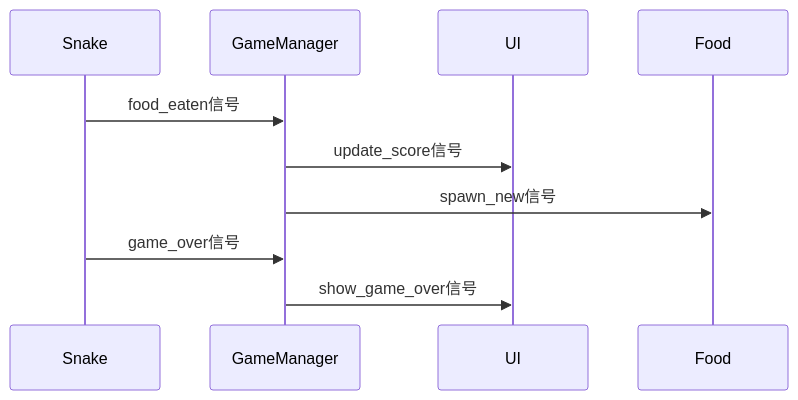
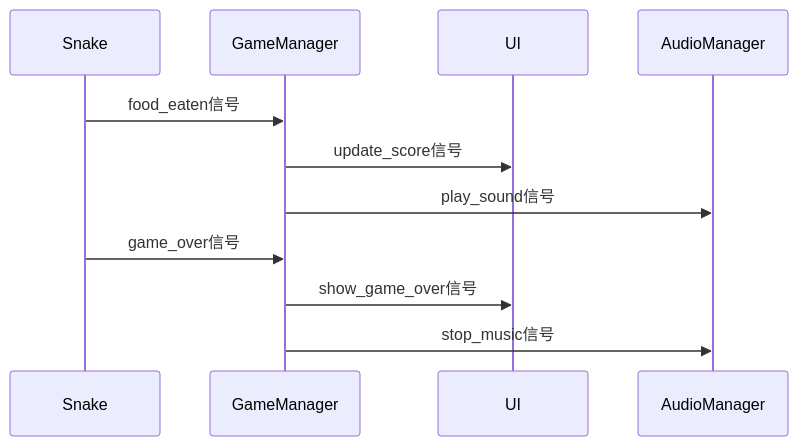
Before and after one commit to youjing-mz/snake: the sixth of 6 diagrams in 课时1-游戏设计与项目规划/README.md, drawn with Mermaid. The commit also changed other lines of this file and 8 other files, not shown here.

````diff
--- a/课时1-游戏设计与项目规划/README.md
+++ b/课时1-游戏设计与项目规划/README.md
@@ -194,14 +196,15 @@
 ```mermaid
 sequenceDiagram
     participant Snake
     participant GameManager
     participant UI
-    participant Food
+    participant AudioManager
     
     Snake->>GameManager: food_eaten信号
     GameManager->>UI: update_score信号
-    GameManager->>Food: spawn_new信号
+    GameManager->>AudioManager: play_sound信号
     
     Snake->>GameManager: game_over信号
     GameManager->>UI: show_game_over信号
+    GameManager->>AudioManager: stop_music信号
 ```
````
